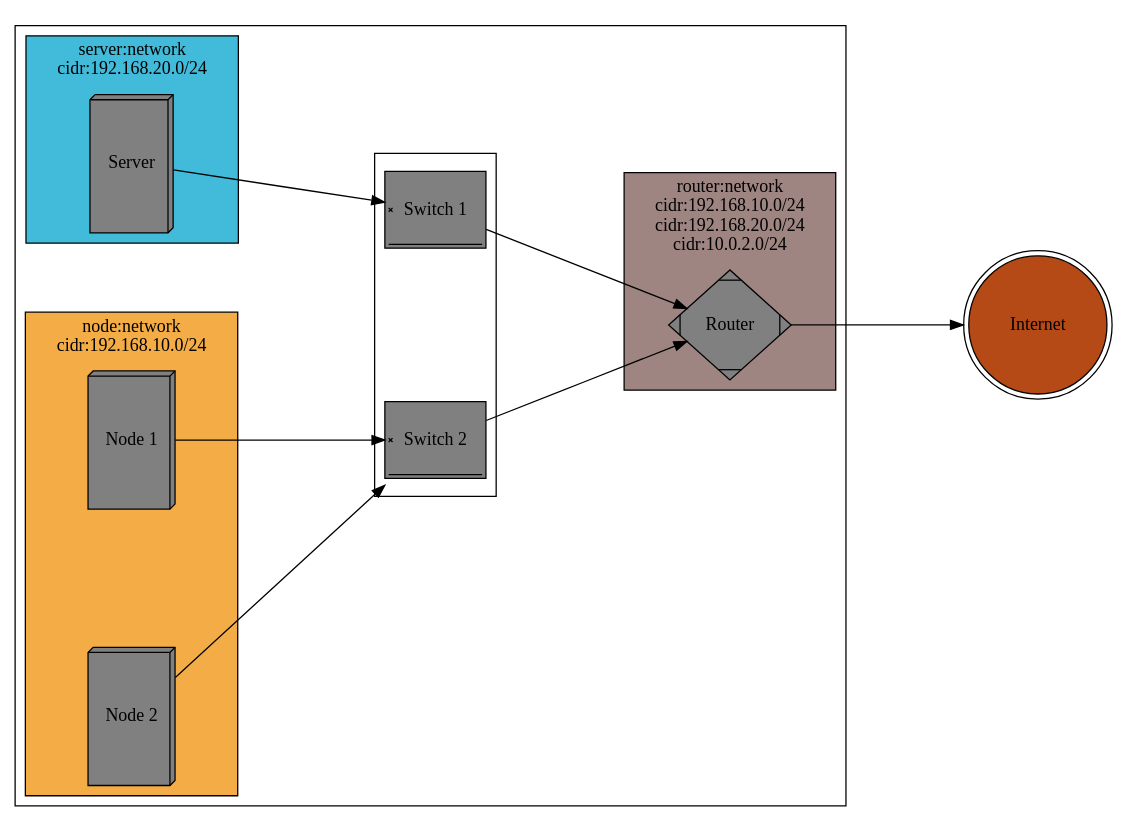
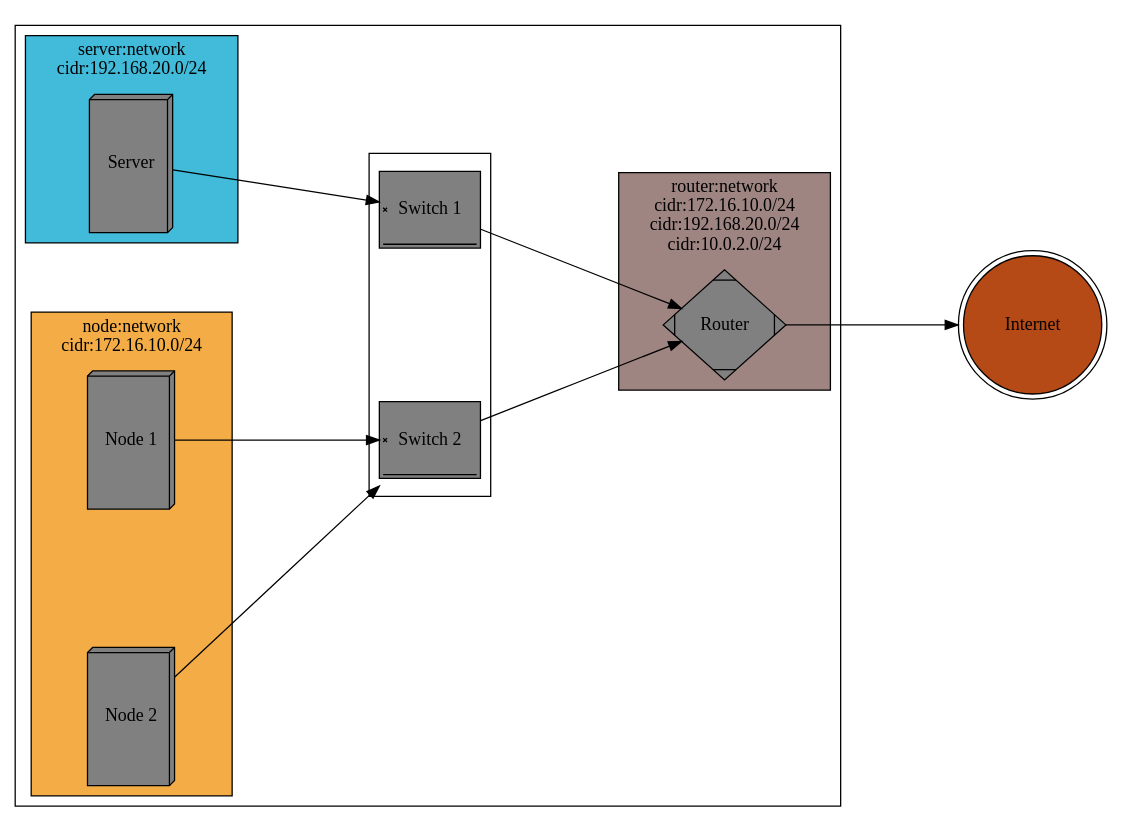
Before and after one commit to lborguetti/netfilter-hands-on: the diagram in docs/networking-diagram.dot, drawn with Graphviz. The commit also changed 3 other files, not shown here.

```diff
--- a/docs/networking-diagram.dot
+++ b/docs/networking-diagram.dot
@@ -1,57 +1,57 @@
 digraph G {
 
     rankdir=LR;
     graph [nodesep=1.5, ranksep=1.5];
 
     subgraph cluster0 {
 
         color="black"
         style=solid;
 
         subgraph cluster1 {
             node [style=filled shape=signature color=black fillcolor="gray" height=1];
             style=solid;
             color="black";
             sw1 [label="Switch 1" shape=signature height=1]
             sw2 [label="Switch 2" shape=signature height=1]
 
         }
 
         subgraph cluster2 {
             node [style=filled shape=Mdiamond color=black fillcolor="gray" height=1.2];
-            label = "router:network\ncidr:192.168.10.0/24\ncidr:192.168.20.0/24\ncidr:10.0.2.0/24";
+            label = "router:network\ncidr:172.16.10.0/24\ncidr:192.168.20.0/24\ncidr:10.0.2.0/24";
             style=filled;
             color="black";
             fillcolor="#9E8582"
             router [label="Router"];
 
         }
         subgraph cluster3 {
             node [style=filled shape=box3d color=black fillcolor="gray" height=1.5];
             label = "server:network\ncidr:192.168.20.0/24";
             style=filled;
             color="black"
             fillcolor="#41BBD9"
             server [label="Server"];
         }
         subgraph cluster4 {
             node [style=filled shape=box3d color=black fillcolor="gray" height=1.5];
-            label = "node:network\ncidr:192.168.10.0/24";
+            label = "node:network\ncidr:172.16.10.0/24";
             style=filled;
             color="black"
             fillcolor="#F4AD46"
             node1 [label="Node 1"];
             node2 [label="Node 2"];
         }
 
     }
 
     server -> sw1;
     node1 -> sw2;
     node2 -> sw2;
     sw1 -> router
     sw2 -> router
     router -> internet;
 
     internet [style=filled shape=doublecircle color=black fillcolor="#B64A17" height=1.5 label="Internet"];
 }
```
